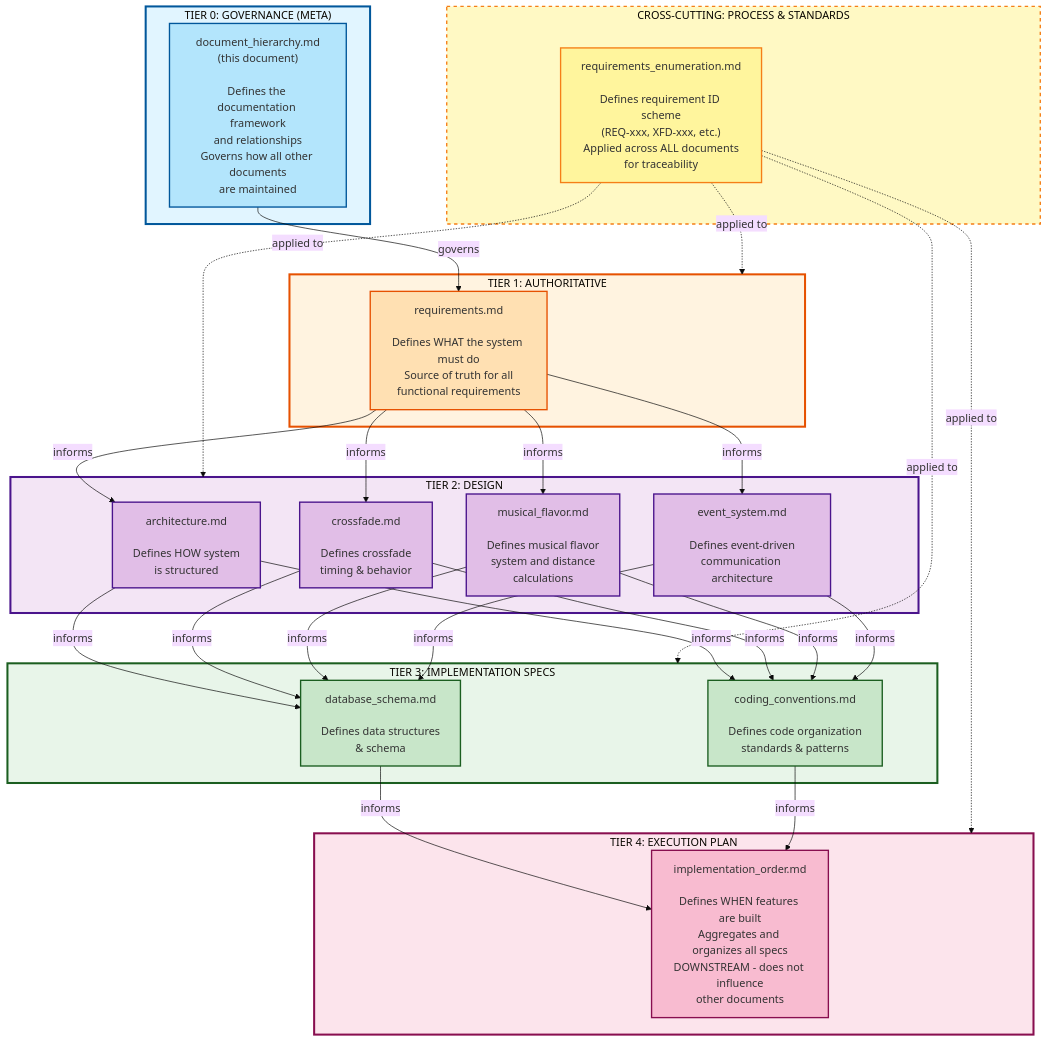
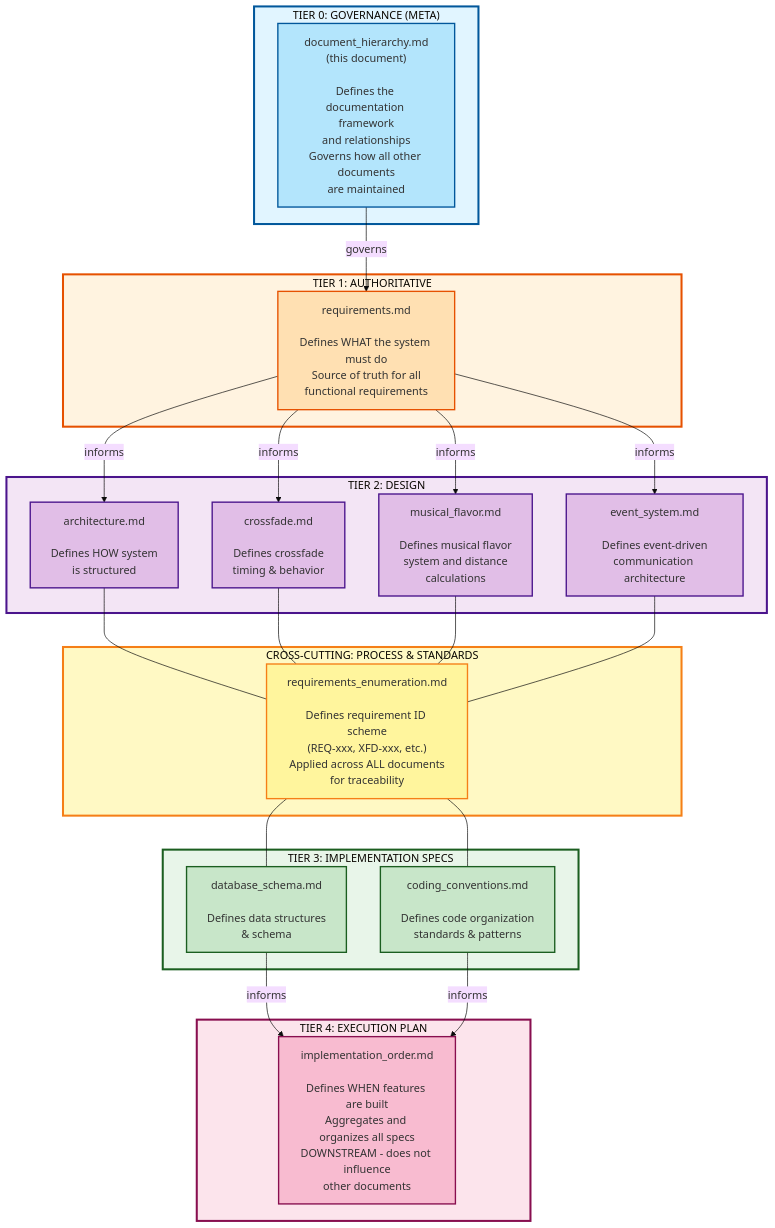
Before and after one commit to MangoCats/McRhythm: the diagram in document_hierarchy.md, drawn with Mermaid (base theme).

Commit message:
refine mermaid diagram

````diff
--- a/document_hierarchy.md
+++ b/document_hierarchy.md
@@ -21,55 +21,54 @@
 ```mermaid
 flowchart TD
     subgraph T0["TIER 0: GOVERNANCE (META)"]
         DH["document_hierarchy.md<br/>(this document)<br/><br/>Defines the documentation framework<br/>and relationships<br/>Governs how all other documents<br/>are maintained"]
     end
 
     subgraph T1["TIER 1: AUTHORITATIVE"]
         REQ["requirements.md<br/><br/>Defines WHAT the system must do<br/>Source of truth for all<br/>functional requirements"]
     end
 
     subgraph T2["TIER 2: DESIGN"]
         ARCH["architecture.md<br/><br/>Defines HOW system<br/>is structured"]
         XFD["crossfade.md<br/><br/>Defines crossfade<br/>timing & behavior"]
         FLV["musical_flavor.md<br/><br/>Defines musical flavor<br/>system and distance<br/>calculations"]
         EVT["event_system.md<br/><br/>Defines event-driven<br/>communication architecture"]
     end
 
+    subgraph CC["CROSS-CUTTING: PROCESS & STANDARDS"]
+        ENUM["requirements_enumeration.md<br/><br/>Defines requirement ID scheme<br/>(REQ-xxx, XFD-xxx, etc.)<br/>Applied across ALL documents<br/>for traceability"]
+    end
+
     subgraph T3["TIER 3: IMPLEMENTATION SPECS"]
         DB["database_schema.md<br/><br/>Defines data structures<br/>& schema"]
         CODE["coding_conventions.md<br/><br/>Defines code organization<br/>standards & patterns"]
     end
 
     subgraph T4["TIER 4: EXECUTION PLAN"]
         IMPL["implementation_order.md<br/><br/>Defines WHEN features are built<br/>Aggregates and organizes all specs<br/>DOWNSTREAM - does not influence<br/>other documents"]
     end
 
-    subgraph CC["CROSS-CUTTING: PROCESS & STANDARDS"]
-        ENUM["requirements_enumeration.md<br/><br/>Defines requirement ID scheme<br/>(REQ-xxx, XFD-xxx, etc.)<br/>Applied across ALL documents<br/>for traceability"]
-    end
-
     DH -->|governs| REQ
     REQ -->|informs| ARCH & XFD & FLV & EVT
-    ARCH & XFD & FLV & EVT -->|informs| DB & CODE
+    ARCH & XFD & FLV & EVT --- ENUM
+    ENUM --- DB & CODE
     DB & CODE -->|informs| IMPL
-
-    ENUM -.->|"applied to"| T1 & T2 & T3 & T4
 
     style T0 fill:#e1f5ff,stroke:#01579b,stroke-width:3px
     style T1 fill:#fff3e0,stroke:#e65100,stroke-width:3px
     style T2 fill:#f3e5f5,stroke:#4a148c,stroke-width:3px
+    style CC fill:#fff9c4,stroke:#f57f17,stroke-width:3px
     style T3 fill:#e8f5e9,stroke:#1b5e20,stroke-width:3px
     style T4 fill:#fce4ec,stroke:#880e4f,stroke-width:3px
-    style CC fill:#fff9c4,stroke:#f57f17,stroke-width:2px,stroke-dasharray: 5 5
 
     style DH fill:#b3e5fc,stroke:#01579b,stroke-width:2px
     style REQ fill:#ffe0b2,stroke:#e65100,stroke-width:2px
     style ARCH fill:#e1bee7,stroke:#4a148c,stroke-width:2px
     style XFD fill:#e1bee7,stroke:#4a148c,stroke-width:2px
     style FLV fill:#e1bee7,stroke:#4a148c,stroke-width:2px
     style EVT fill:#e1bee7,stroke:#4a148c,stroke-width:2px
+    style ENUM fill:#fff59d,stroke:#f57f17,stroke-width:2px
     style DB fill:#c8e6c9,stroke:#1b5e20,stroke-width:2px
     style CODE fill:#c8e6c9,stroke:#1b5e20,stroke-width:2px
     style IMPL fill:#f8bbd0,stroke:#880e4f,stroke-width:2px
-    style ENUM fill:#fff59d,stroke:#f57f17,stroke-width:2px
 ```
````
